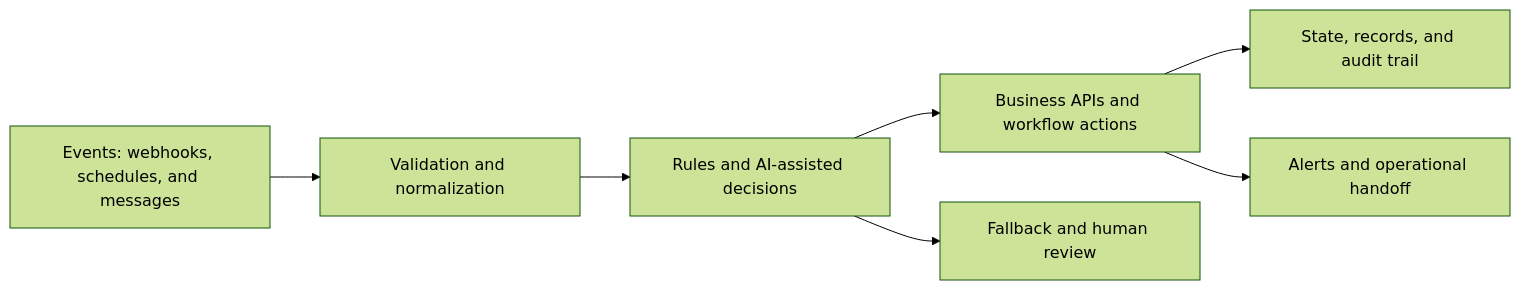
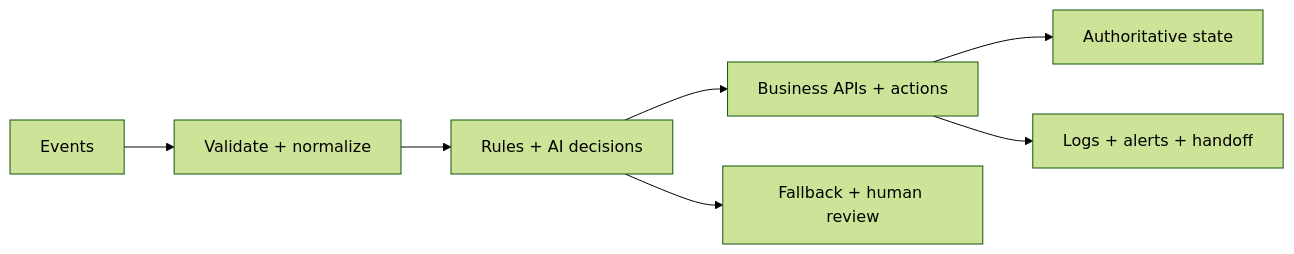
Before and after one commit to oyekola-ololade/Oyekola-Ololade: the diagram in README.md, drawn with Mermaid (forest theme). The commit also changed other lines of this file, not shown here.

````diff
--- a/README.md
+++ b/README.md
@@ -43,9 +33,9 @@
 ```mermaid
 flowchart LR
-    A["Events: webhooks, schedules, and messages"] --> B["Validation and normalization"]
-    B --> C["Rules and AI-assisted decisions"]
-    C --> D["Business APIs and workflow actions"]
-    D --> E["State, records, and audit trail"]
-    C --> F["Fallback and human review"]
-    D --> G["Alerts and operational handoff"]
+    A["Events"] --> B["Validate + normalize"]
+    B --> C["Rules + AI decisions"]
+    C --> D["Business APIs + actions"]
+    D --> E["Authoritative state"]
+    C --> F["Fallback + human review"]
+    D --> G["Logs + alerts + handoff"]
 ```
````
